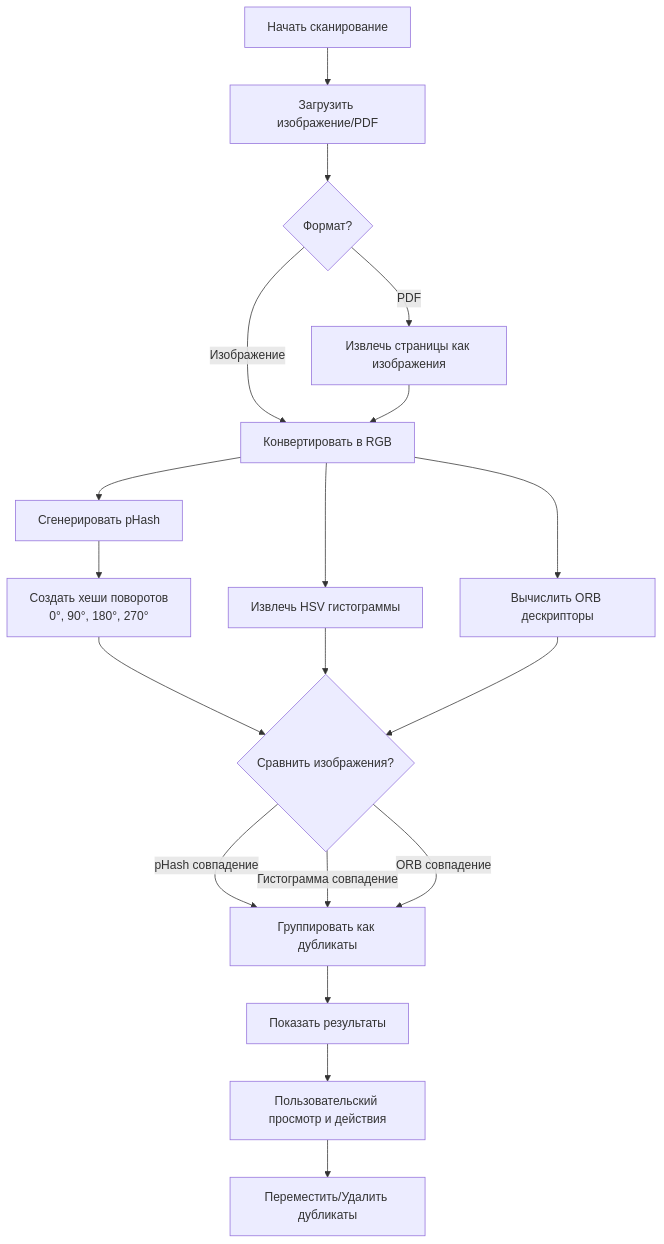
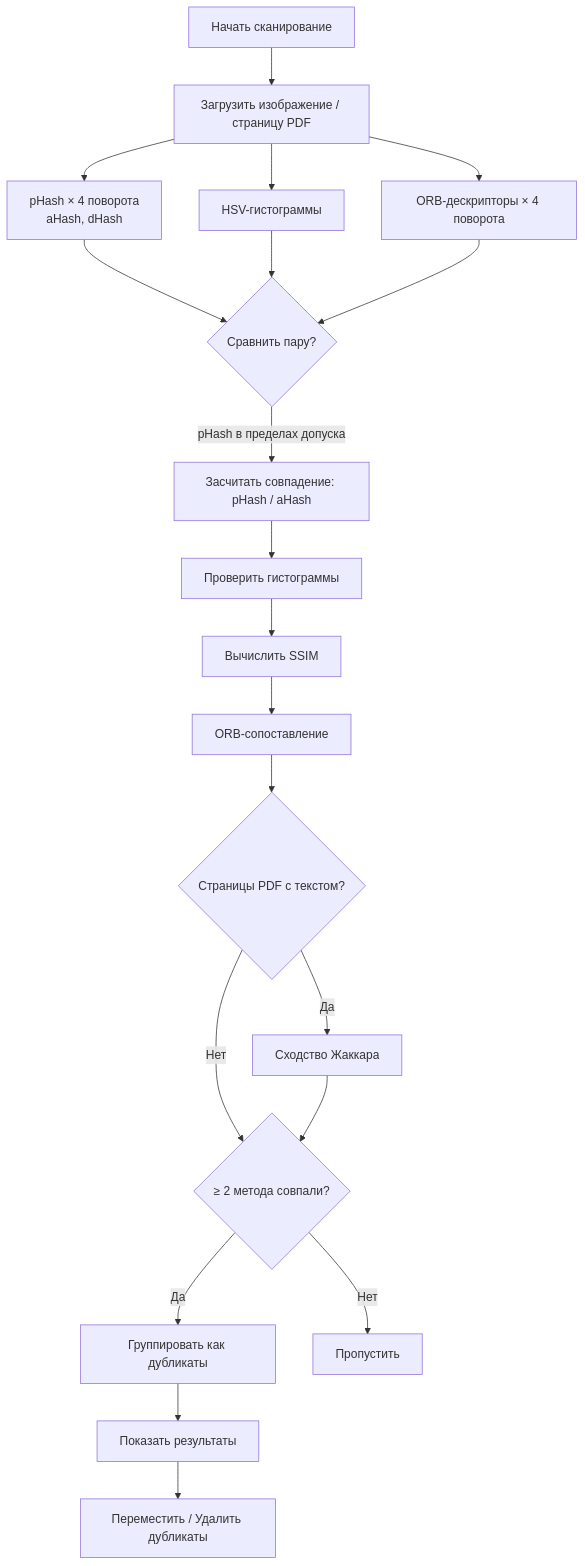
Before and after one commit to ephra1m9/Percepta: the second of 2 diagrams in README.md, drawn with Mermaid. The commit also changed other lines of this file, not shown here.

````diff
--- a/README.md
+++ b/README.md
@@ -299,21 +317,20 @@
 ```mermaid
 flowchart TD
-    A[Начать сканирование] --> B[Загрузить изображение/PDF]
-    B --> C{Формат?}
-    C -->|Изображение| D[Конвертировать в RGB]
-    C -->|PDF| E[Извлечь страницы как изображения]
-    E --> D
-    D --> F[Сгенерировать pHash]
-    D --> G[Извлечь HSV гистограммы]
-    D --> H[Вычислить ORB дескрипторы]
-    F --> I[Создать хеши поворотов<br>0°, 90°, 180°, 270°]
-    I --> J{Сравнить изображения?}
-    G --> J
-    H --> J
-    J -->|pHash совпадение| K[Группировать как дубликаты]
-    J -->|Гистограмма совпадение| K
-    J -->|ORB совпадение| K
-    K --> L[Показать результаты]
-    L --> M[Пользовательский просмотр и действия]
-    M --> N[Переместить/Удалить дубликаты]
+    A[Начать сканирование] --> B[Загрузить изображение / страницу PDF]
+    B --> C[pHash × 4 поворота\naHash, dHash]
+    B --> D[HSV-гистограммы]
+    B --> E[ORB-дескрипторы × 4 поворота]
+    C & D & E --> F{Сравнить пару?}
+    F -->|pHash в пределах допуска| G[Засчитать совпадение: pHash / aHash]
+    G --> H[Проверить гистограммы]
+    H --> I[Вычислить SSIM]
+    I --> J[ORB-сопоставление]
+    J --> K{Страницы PDF с текстом?}
+    K -->|Да| L[Сходство Жаккара]
+    K -->|Нет| M
+    L --> M{≥ 2 метода совпали?}
+    M -->|Да| N[Группировать как дубликаты]
+    M -->|Нет| O[Пропустить]
+    N --> P[Показать результаты]
+    P --> Q[Переместить / Удалить дубликаты]
 ```
````
